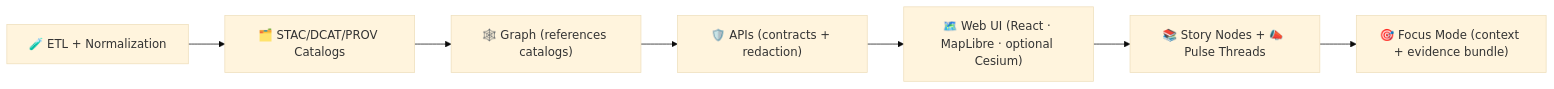
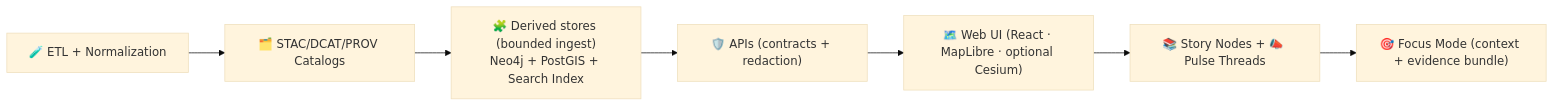
One commit to bartytime4life/Kansas-Frontier-Matrix changed the first of 4 diagrams in pipelines/README.md. Above: the diagram before and after it, drawn with Mermaid (base theme). The commit also changed other lines of this file, not shown here.

````diff
--- a/pipelines/README.md
+++ b/pipelines/README.md
@@ -228,9 +250,9 @@
 ```mermaid
 flowchart LR
   A["🧪 ETL + Normalization"] --> B["🗂️ STAC/DCAT/PROV Catalogs"]
-  B --> C["🕸️ Graph (references catalogs)"]
+  B --> C["🧩 Derived stores (bounded ingest)\nNeo4j + PostGIS + Search Index"]
   C --> D["🛡️ APIs (contracts + redaction)"]
   D --> E["🗺️ Web UI (React · MapLibre · optional Cesium)"]
   E --> F["📚 Story Nodes + 📣 Pulse Threads"]
   F --> G["🎯 Focus Mode (context + evidence bundle)"]
 ```
````
